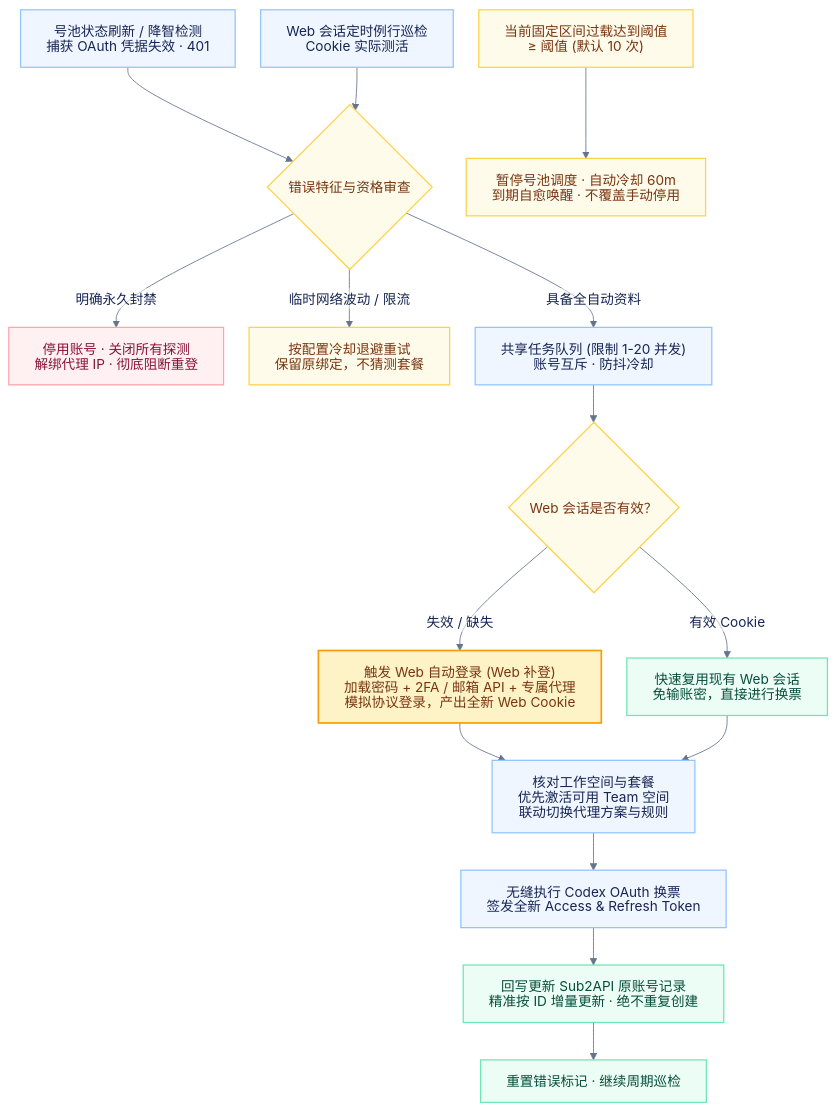
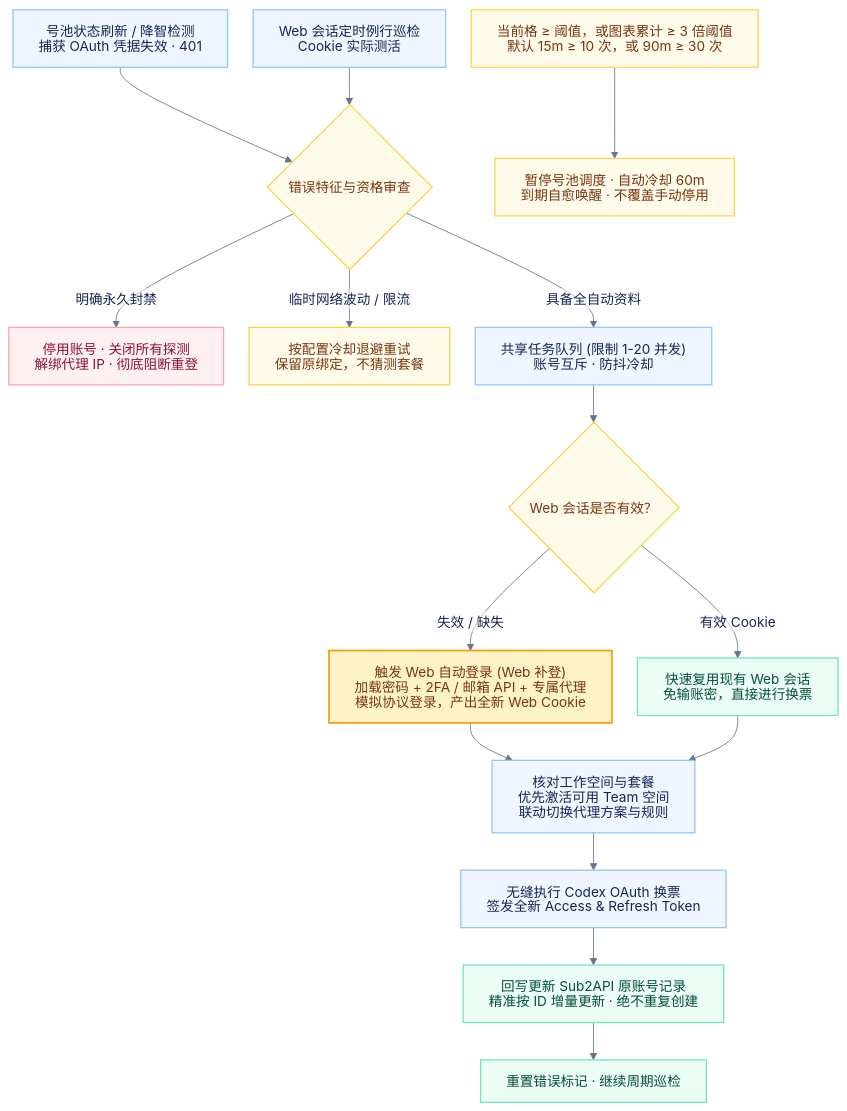
The diagram in docs/automation.mmd (li-zane/sub2api-helper), drawn with Mermaid before and after one commit. The commit also changed 23 other files, not shown here.

```diff
--- a/docs/automation.mmd
+++ b/docs/automation.mmd
@@ -1,36 +1,36 @@
 %%{init: {"theme":"base","fontFamily":"Microsoft YaHei, Arial, sans-serif","htmlLabels":false,"flowchart":{"htmlLabels":false,"curve":"basis","wrappingWidth":320,"nodeSpacing":30,"rankSpacing":44},"themeVariables":{"fontFamily":"Microsoft YaHei, PingFang SC, sans-serif","fontSize":"16px","primaryColor":"#eff6ff","primaryTextColor":"#172554","primaryBorderColor":"#93c5fd","lineColor":"#64748b","edgeLabelBackground":"#ffffff","background":"#ffffff"}}}%%
 flowchart TB
     accTitle: toSub2 自动化全景与触发恢复流程
     accDescr: 覆盖 OAuth 凭据失效联动 Web 补登、Web 巡检保活、Team 空间切换、过载智能冷却与封禁熔断。
 
     TRIGGER_OAUTH["号池状态刷新 / 降智检测<br/>捕获 OAuth 凭据失效 · 401"] --> CLASSIFY{"错误特征与资格审查"}
     TRIGGER_WEB["Web 会话定时例行巡检<br/>Cookie 实际测活"] --> CLASSIFY
-    TRIGGER_OVERLOAD["当前固定区间过载达到阈值<br/>≥ 阈值 (默认 10 次)"] --> COOLDOWN["暂停号池调度 · 自动冷却 60m<br/>到期自愈唤醒 · 不覆盖手动停用"]
+    TRIGGER_OVERLOAD["当前格 ≥ 阈值，或图表累计 ≥ 3 倍阈值<br/>默认 15m ≥ 10 次，或 90m ≥ 30 次"] --> COOLDOWN["暂停号池调度 · 自动冷却 60m<br/>到期自愈唤醒 · 不覆盖手动停用"]
 
     CLASSIFY -->|"明确永久封禁"| BLOCK["停用账号 · 关闭所有探测<br/>解绑代理 IP · 彻底阻断重登"]
     CLASSIFY -->|"临时网络波动 / 限流"| RETRY["按配置冷却退避重试<br/>保留原绑定，不猜测套餐"]
     CLASSIFY -->|"具备全自动资料"| QUEUE["共享任务队列 (限制 1-20 并发)<br/>账号互斥 · 防抖冷却"]
 
     QUEUE --> CHECK_WEB{"Web 会话是否有效？"}
 
     CHECK_WEB -->|"有效 Cookie"| REUSE_WEB["快速复用现有 Web 会话<br/>免输账密，直接进行换票"]
     CHECK_WEB -->|"失效 / 缺失"| WEB_LOGIN["触发 Web 自动登录 (Web 补登)<br/>加载密码 + 2FA / 邮箱 API + 专属代理<br/>模拟协议登录，产出全新 Web Cookie"]
 
     WEB_LOGIN --> PLAN["核对工作空间与套餐<br/>优先激活可用 Team 空间<br/>联动切换代理方案与规则"]
     REUSE_WEB --> PLAN
 
     PLAN --> OAUTH["无缝执行 Codex OAuth 换票<br/>签发全新 Access & Refresh Token"]
     OAUTH --> POOL["回写更新 Sub2API 原账号记录<br/>精准按 ID 增量更新 · 绝不重复创建"]
     POOL --> NEXT["重置错误标记 · 继续周期巡检"]
 
     classDef normal fill:#eff6ff,stroke:#93c5fd,color:#172554,stroke-width:1.5px;
     classDef success fill:#ecfdf5,stroke:#6ee7b7,color:#064e3b,stroke-width:1.5px;
     classDef danger fill:#fff1f2,stroke:#fda4af,color:#881337,stroke-width:1.5px;
     classDef pending fill:#fffbeb,stroke:#fcd34d,color:#78350f,stroke-width:1.5px;
     classDef core fill:#fef3c7,stroke:#f59e0b,color:#78350f,stroke-width:2px;
 
     class TRIGGER_OAUTH,TRIGGER_WEB,QUEUE,PLAN,OAUTH normal;
     class REUSE_WEB,POOL,NEXT success;
     class BLOCK danger;
     class CLASSIFY,CHECK_WEB,RETRY,TRIGGER_OVERLOAD,COOLDOWN pending;
     class WEB_LOGIN core;
```
